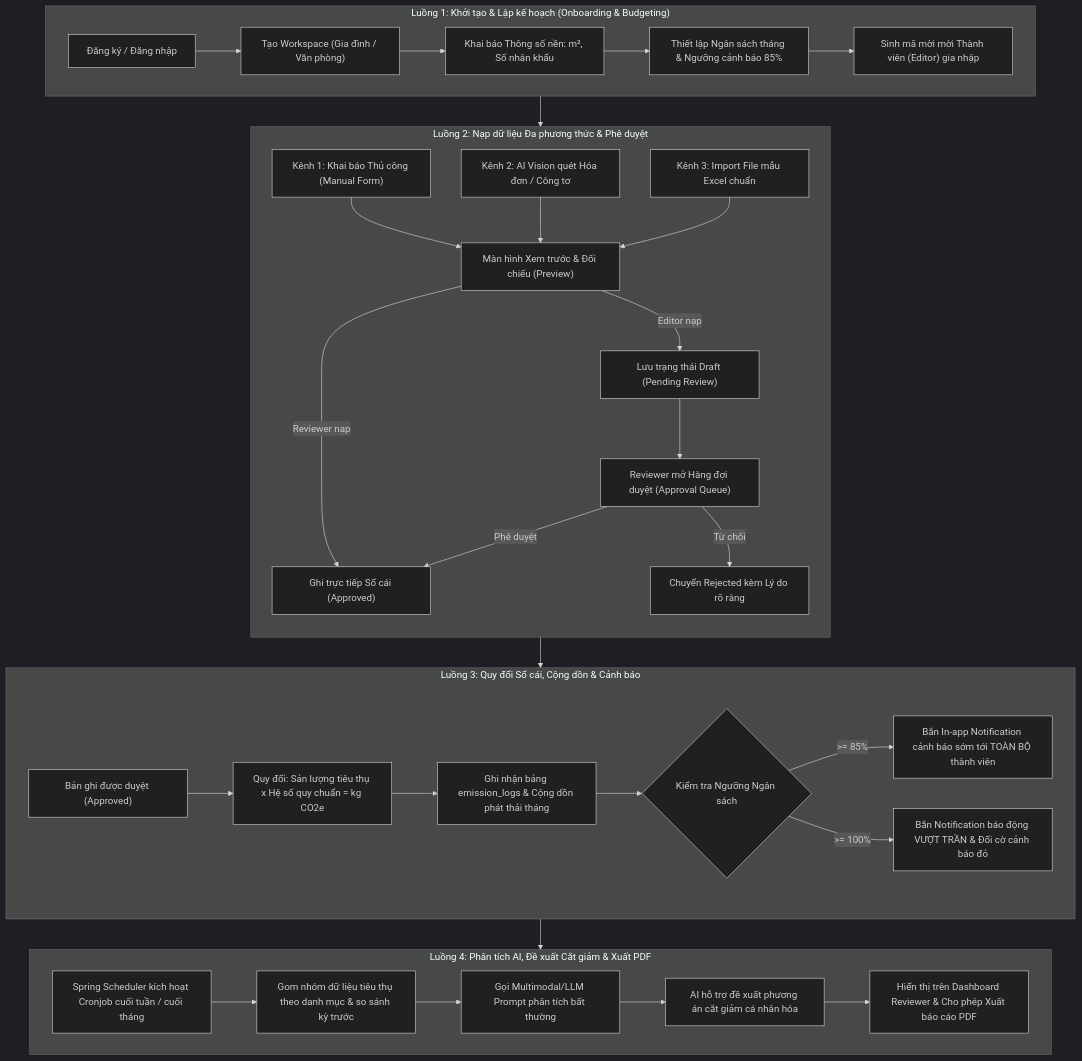
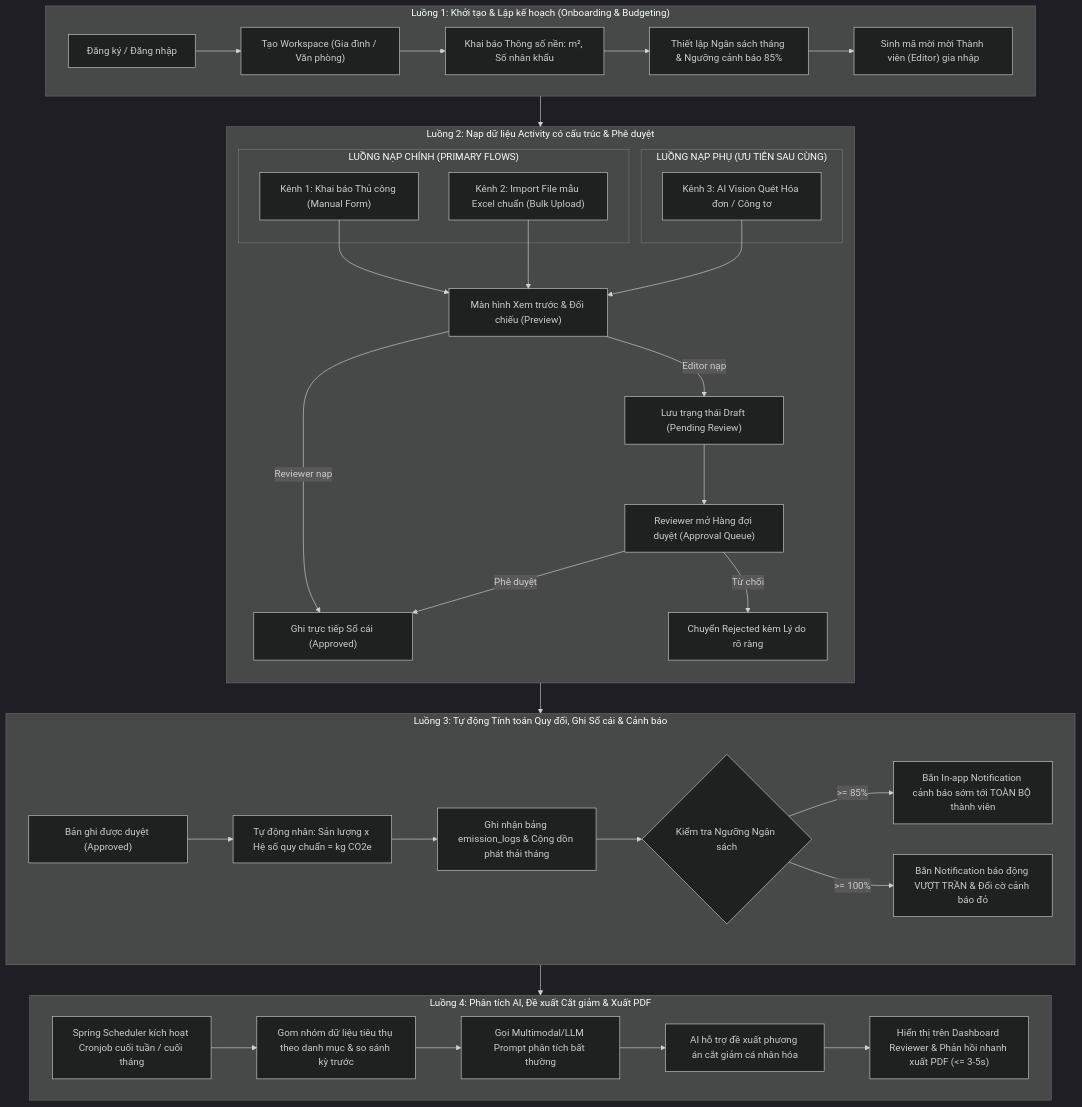
Before and after one commit to DatTienNguyenn/PMDC-BATCH4-DATNT250: the second of 7 diagrams in docs/PRD.md, drawn with Mermaid (dark theme). The commit also changed other lines of this file and 4 other files, not shown here.

````diff
--- a/docs/PRD.md
+++ b/docs/PRD.md
@@ -140,39 +158,44 @@
 ```mermaid
 flowchart TD
     subgraph Flow1["Luồng 1: Khởi tạo & Lập kế hoạch (Onboarding & Budgeting)"]
         A1["Đăng ký / Đăng nhập"] --> A2["Tạo Workspace (Gia đình / Văn phòng)"]
         A2 --> A3["Khai báo Thông số nền: m², Số nhân khẩu"]
         A3 --> A4["Thiết lập Ngân sách tháng & Ngưỡng cảnh báo 85%"]
         A4 --> A5["Sinh mã mời mời Thành viên (Editor) gia nhập"]
     end
 
-    subgraph Flow2["Luồng 2: Nạp dữ liệu Đa phương thức & Phê duyệt"]
+    subgraph Flow2["Luồng 2: Nạp dữ liệu Activity có cấu trúc & Phê duyệt"]
         direction TB
-        B1["Kênh 1: Khai báo Thủ công (Manual Form)"]
-        B2["Kênh 2: AI Vision quét Hóa đơn / Công tơ"]
-        B3["Kênh 3: Import File mẫu Excel chuẩn"]
+        subgraph PrimaryIngestion["LUỒNG NẠP CHÍNH (PRIMARY FLOWS)"]
+            B1["Kênh 1: Khai báo Thủ công (Manual Form)"]
+            B2["Kênh 2: Import File mẫu Excel chuẩn (Bulk Upload)"]
+        end
+        subgraph SecondaryIngestion["LUỒNG NẠP PHỤ (ƯU TIÊN SAU CÙNG)"]
+            B3["Kênh 3: AI Vision Quét Hóa đơn / Công tơ"]
+        end
+        
         B1 & B2 & B3 --> B4["Màn hình Xem trước & Đối chiếu (Preview)"]
         B4 -->|Editor nạp| B5["Lưu trạng thái Draft (Pending Review)"]
         B4 -->|Reviewer nạp| B6["Ghi trực tiếp Sổ cái (Approved)"]
         B5 --> B7["Reviewer mở Hàng đợi duyệt (Approval Queue)"]
         B7 -->|Phê duyệt| B6
         B7 -->|Từ chối| B8["Chuyển Rejected kèm Lý do rõ ràng"]
     end
 
-    subgraph Flow3["Luồng 3: Quy đổi Sổ cái, Cộng dồn & Cảnh báo"]
-        C1["Bản ghi được duyệt (Approved)"] --> C2["Quy đổi: Sản lượng tiêu thụ x Hệ số quy chuẩn = kg CO2e"]
+    subgraph Flow3["Luồng 3: Tự động Tính toán Quy đổi, Ghi Sổ cái & Cảnh báo"]
+        C1["Bản ghi được duyệt (Approved)"] --> C2["Tự động nhân: Sản lượng x Hệ số quy chuẩn = kg CO2e"]
         C2 --> C3["Ghi nhận bảng emission_logs & Cộng dồn phát thải tháng"]
         C3 --> C4{"Kiểm tra Ngưỡng Ngân sách"}
         C4 -->|>= 85%| C5["Bắn In-app Notification cảnh báo sớm tới TOÀN BỘ thành viên"]
         C4 -->|>= 100%| C6["Bắn Notification báo động VƯỢT TRẦN & Đổi cờ cảnh báo đỏ"]
     end
 
     subgraph Flow4["Luồng 4: Phân tích AI, Đề xuất Cắt giảm & Xuất PDF"]
         D1["Spring Scheduler kích hoạt Cronjob cuối tuần / cuối tháng"] --> D2["Gom nhóm dữ liệu tiêu thụ theo danh mục & so sánh kỳ trước"]
         D2 --> D3["Gọi Multimodal/LLM Prompt phân tích bất thường"]
         D3 --> D4["AI hỗ trợ đề xuất phương án cắt giảm cá nhân hóa"]
-        D4 --> D5["Hiển thị trên Dashboard Reviewer & Cho phép Xuất báo cáo PDF"]
+        D4 --> D5["Hiển thị trên Dashboard Reviewer & Phản hồi nhanh xuất PDF (<= 3-5s)"]
     end
 
     Flow1 --> Flow2 --> Flow3 --> Flow4
 ```
````
